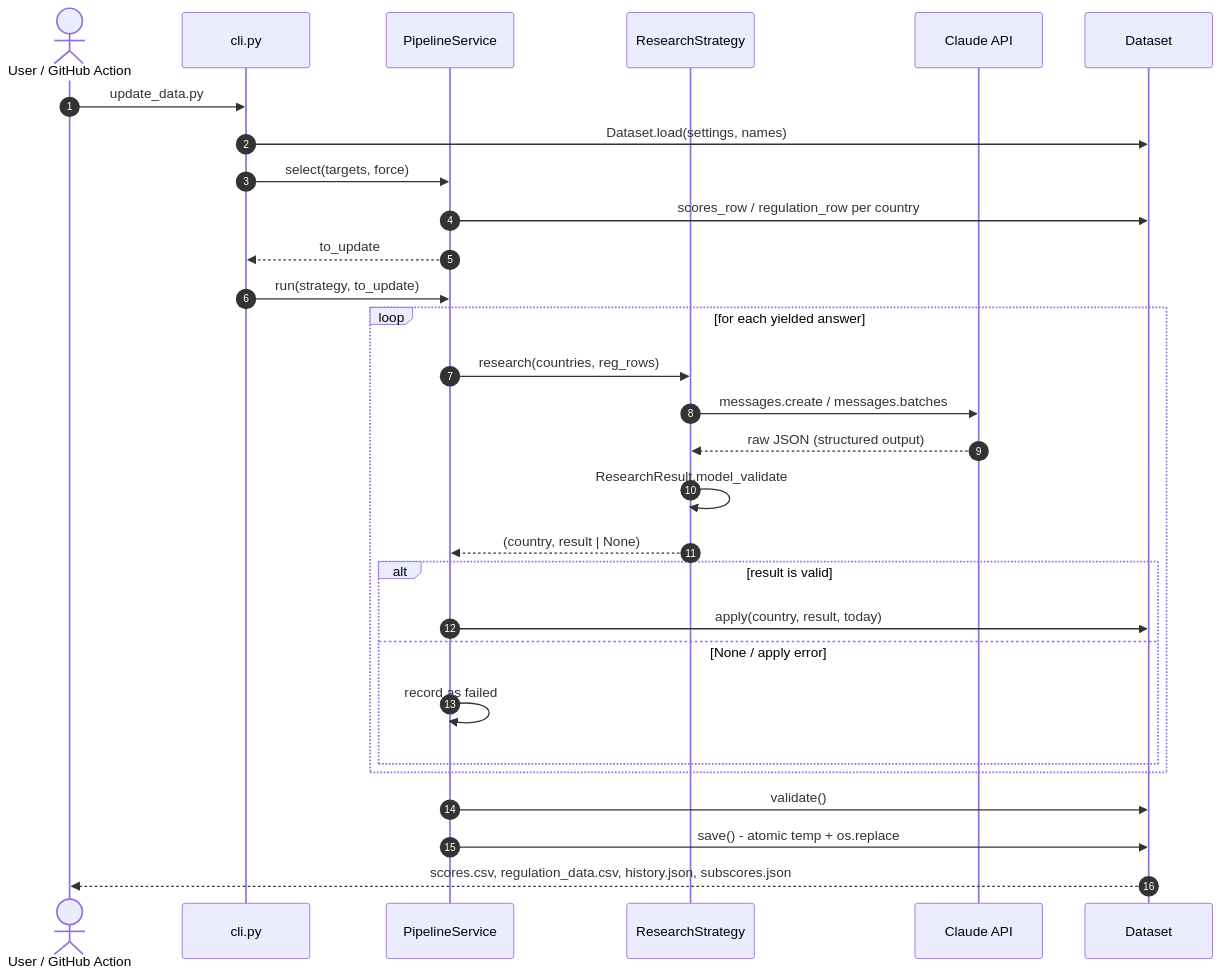
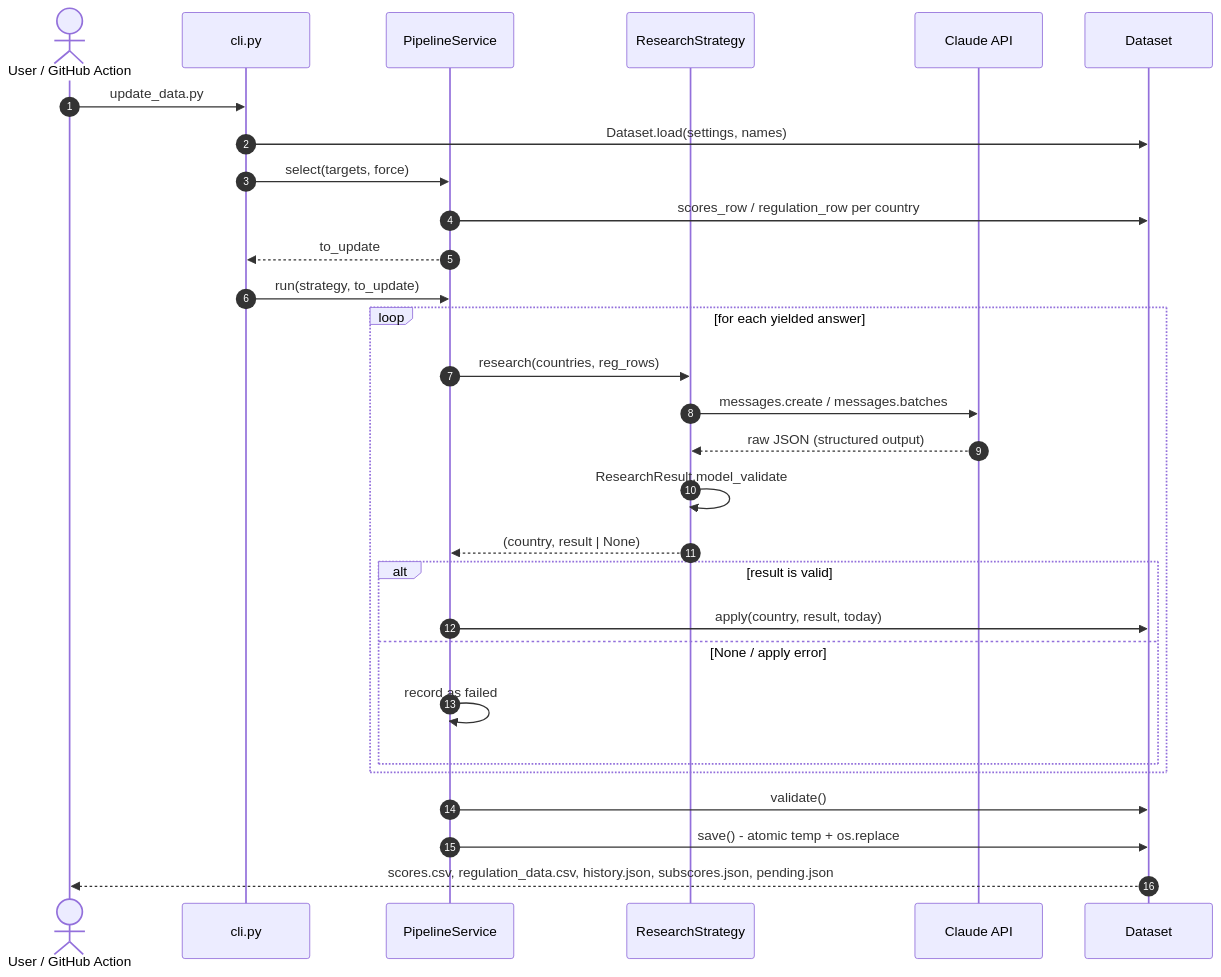
One commit to riadeane/airegulationmap changed the second of 9 diagrams in scripts/regulation_pipeline/README.md. Above: the diagram before and after it, drawn with Mermaid. The commit also changed other lines of this file and 2 other files, not shown here.

````diff
--- a/scripts/regulation_pipeline/README.md
+++ b/scripts/regulation_pipeline/README.md
@@ -94,34 +98,34 @@
 ```mermaid
 sequenceDiagram
     autonumber
     actor U as User / GitHub Action
     participant CLI as cli.py
     participant SVC as PipelineService
     participant ST as ResearchStrategy
     participant API as Claude API
     participant DS as Dataset
 
     U->>CLI: update_data.py
     CLI->>DS: Dataset.load(settings, names)
     CLI->>SVC: select(targets, force)
     SVC->>DS: scores_row / regulation_row per country
     SVC-->>CLI: to_update
     CLI->>SVC: run(strategy, to_update)
 
     loop for each yielded answer
         SVC->>ST: research(countries, reg_rows)
         ST->>API: messages.create / messages.batches
         API-->>ST: raw JSON (structured output)
         ST->>ST: ResearchResult.model_validate
         ST-->>SVC: (country, result | None)
         alt result is valid
             SVC->>DS: apply(country, result, today)
         else None / apply error
             SVC->>SVC: record as failed
         end
     end
 
     SVC->>DS: validate()
     SVC->>DS: save() - atomic temp + os.replace
-    DS-->>U: scores.csv, regulation_data.csv, history.json, subscores.json
+    DS-->>U: scores.csv, regulation_data.csv, history.json, subscores.json, pending.json
 ```
````
